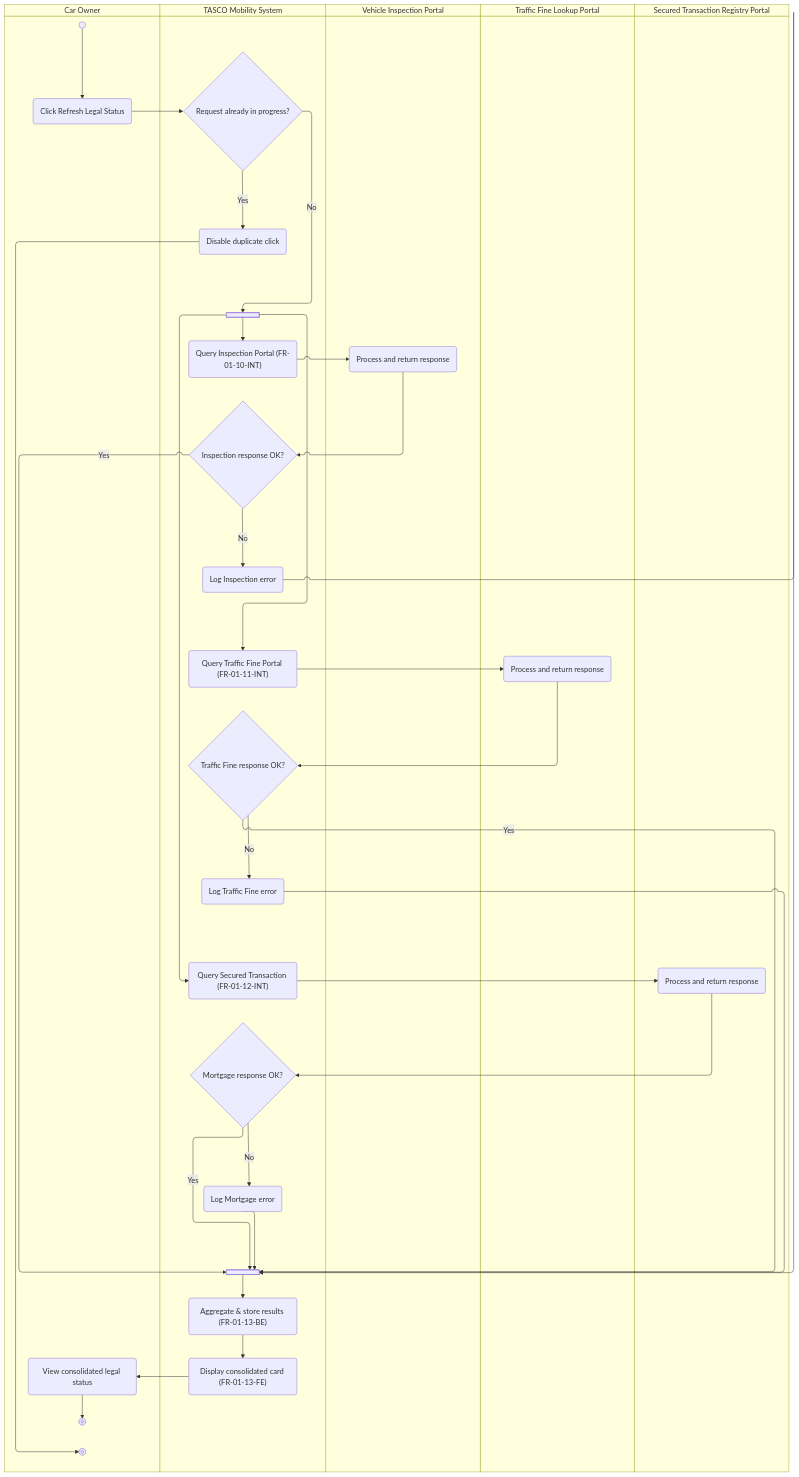
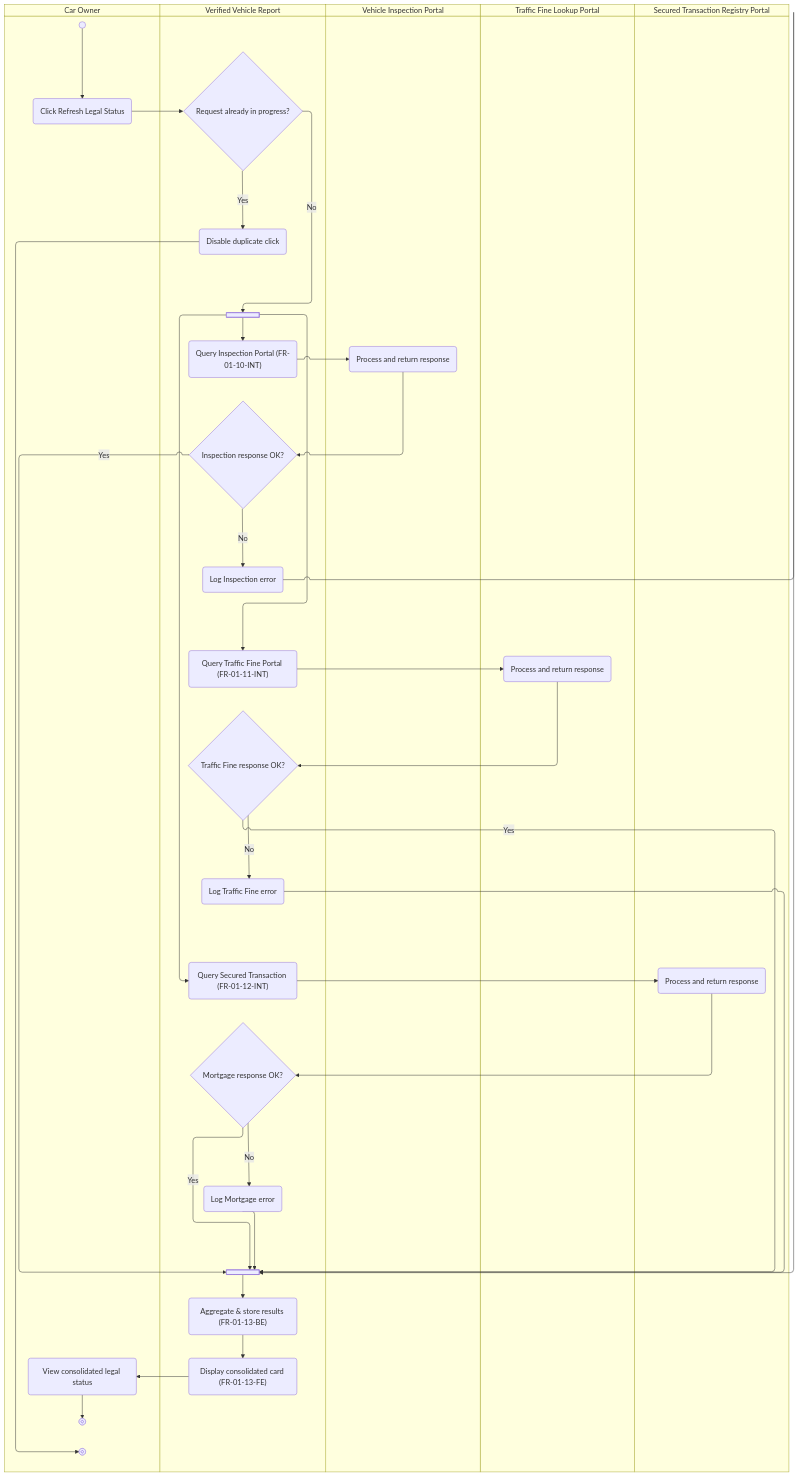
Before and after one commit to giangnhk63db/DBIZ-2_GROUP-A: the diagram in Activity Diagram/AD-UC-1.07.md, drawn with Mermaid. The commit also changed other lines of this file, not shown here.

````diff
--- a/Activity Diagram/AD-UC-1.07.md
+++ b/Activity Diagram/AD-UC-1.07.md
@@ -4,49 +29,52 @@
 ```mermaid
 swimlane-beta TB
   subgraph CAR["Car Owner"]
     start@{ shape: sm-circ }
     a1("Click Refresh Legal Status")
     a2("View consolidated legal status")
     stop1@{ shape: fr-circ }
     stop2@{ shape: fr-circ }
   end
-  subgraph SYS["TASCO Mobility System"]
+  
+  subgraph SYS["Verified Vehicle Report"]
     d1{"Request already in progress?"}
     c1("Disable duplicate click")
     f1@{ shape: fork }   
     s1("Query Inspection Portal (FR-01-10-INT)")
     s2("Query Traffic Fine Portal (FR-01-11-INT)")
     s3("Query Secured Transaction (FR-01-12-INT)")
     d2{"Inspection response OK?"}
     c2("Log Inspection error")
     d3{"Traffic Fine response OK?"}
     c3("Log Traffic Fine error")
     d4{"Mortgage response OK?"}
     c4("Log Mortgage error")
     j1@{ shape: join }
     s4("Aggregate & store results (FR-01-13-BE)")
     s5("Display consolidated card (FR-01-13-FE)")
   end
+  
   subgraph PORTAL1["Vehicle Inspection Portal"]
     e1("Process and return response")
   end
   subgraph PORTAL2["Traffic Fine Lookup Portal"]
     e2("Process and return response")
   end
   subgraph PORTAL3["Secured Transaction Registry Portal"]
     e3("Process and return response")
   end
+  
   start --> a1 --> d1
   d1 -->|"Yes"| c1 --> stop2
   d1 -->|"No"| f1
   f1 --> s1 --> e1 --> d2
   f1 --> s2 --> e2 --> d3
   f1 --> s3 --> e3 --> d4
   d2 -->|"Yes"| j1
   d2 -->|"No"| c2 --> j1
   d3 -->|"Yes"| j1
   d3 -->|"No"| c3 --> j1
   d4 -->|"Yes"| j1
   d4 -->|"No"| c4 --> j1
   j1 --> s4 --> s5 --> a2 --> stop1
 ```
````
